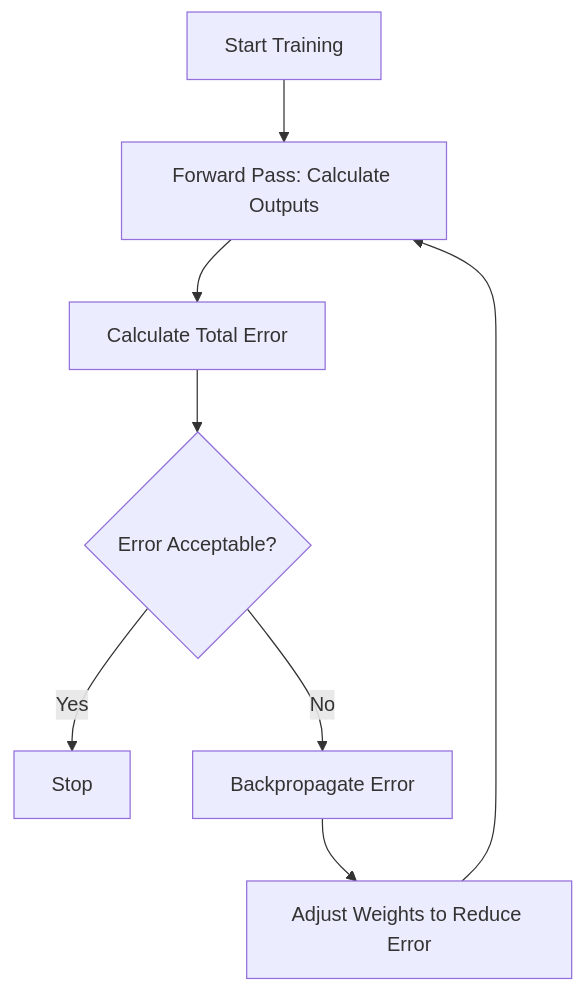
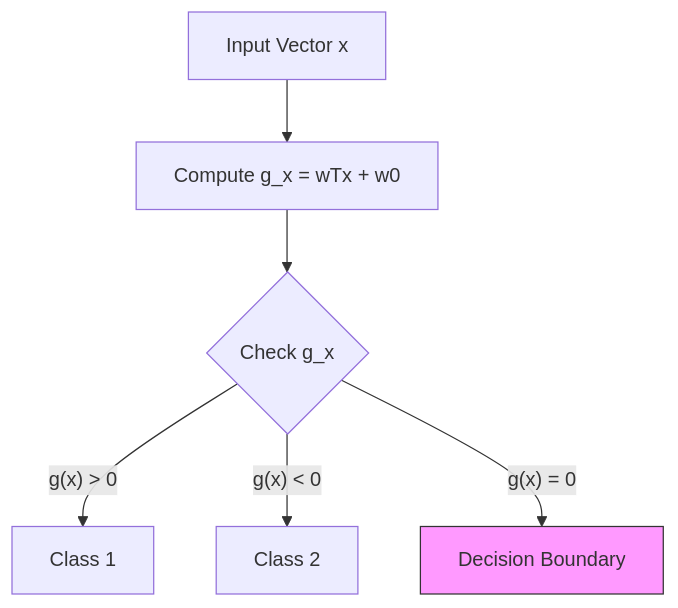
One commit to mbeps/personal-portfolio changed the ninth of 37 diagrams in public/blogs/back-propagation/blog.md. Above: the diagram before and after it, drawn with Mermaid. The commit also changed other lines of this file, not shown here.

````diff
--- a/public/blogs/back-propagation/blog.md
+++ b/public/blogs/back-propagation/blog.md
@@ -167,10 +399,10 @@
 ```mermaid
 graph TD
-    A[Start Training] --> B[Forward Pass: Calculate Outputs]
-    B --> C[Calculate Total Error]
-    C --> D{Error Acceptable?}
-    D -- Yes --> E[Stop]
-    D -- No --> F[Backpropagate Error]
-    F --> G[Adjust Weights to Reduce Error]
-    G --> B
+    A[Input Vector x] --> B[Compute g_x = wTx + w0]
+    B --> C{Check g_x}
+    C -- "g(x) > 0" --> D[Class 1]
+    C -- "g(x) < 0" --> E[Class 2]
+    C -- "g(x) = 0" --> F[Decision Boundary]
+    
+    style F fill:#f9f,stroke:#333
 ```
````
